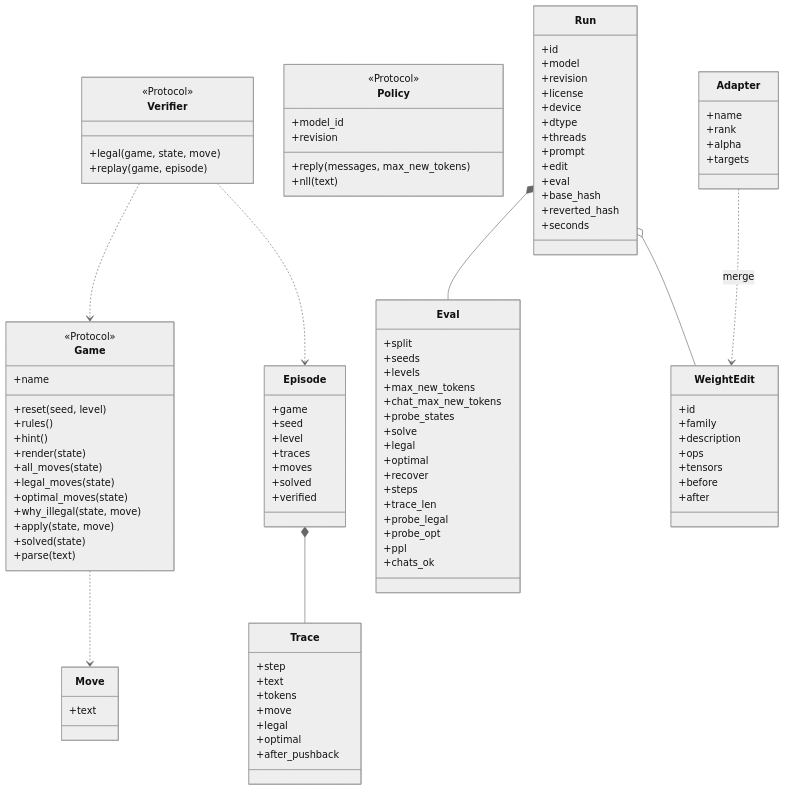
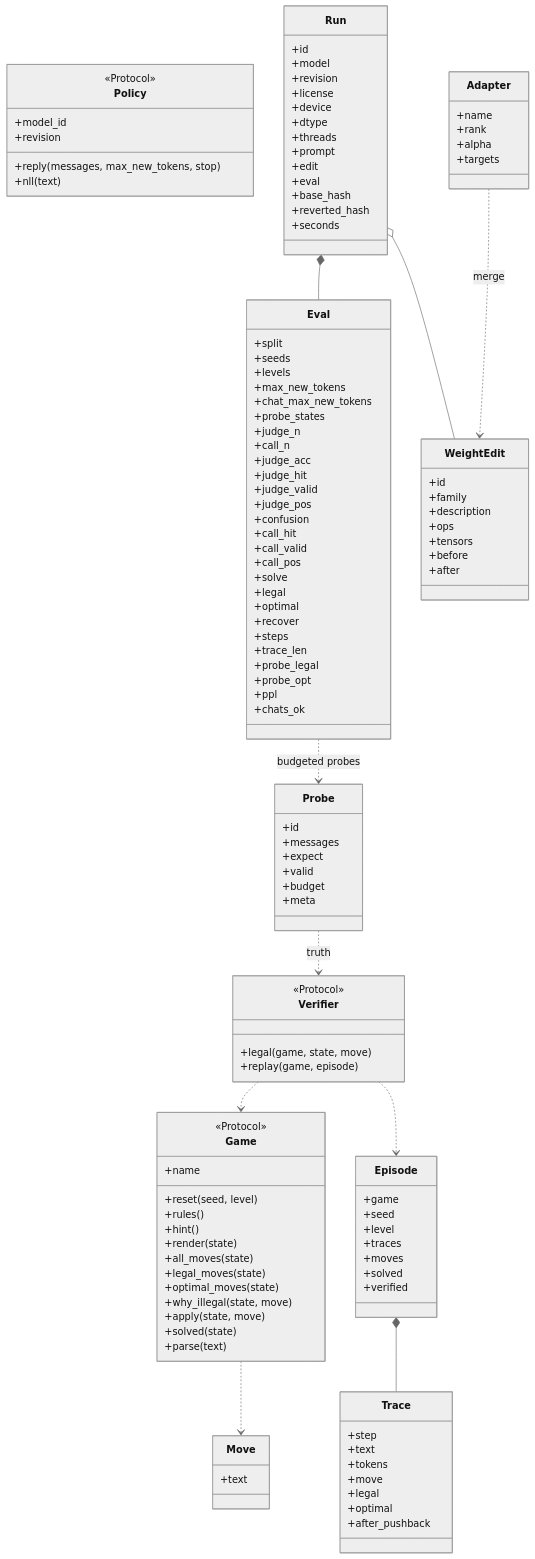
Before and after one commit to Glyphcore/tiny-reasoner: the first of 2 diagrams in spec/diagrams.md, drawn with Mermaid (neutral theme). The commit also changed other lines of this file and 7 other files, not shown here.

First line of the commit message:
probes: budgeted string probes, legality self-report vs verifier (2x2), tool-call probe, activation capture

````diff
--- a/spec/diagrams.md
+++ b/spec/diagrams.md
@@ -49,8 +49,16 @@
   <<Protocol>>
   +model_id
   +revision
-  +reply(messages, max_new_tokens)
+  +reply(messages, max_new_tokens, stop)
   +nll(text)
+}
+class Probe {
+  +id
+  +messages
+  +expect
+  +valid
+  +budget
+  +meta
 }
 class Eval {
   +split
@@ -59,6 +67,16 @@
   +max_new_tokens
   +chat_max_new_tokens
   +probe_states
+  +judge_n
+  +call_n
+  +judge_acc
+  +judge_hit
+  +judge_valid
+  +judge_pos
+  +confusion
+  +call_hit
+  +call_valid
+  +call_pos
   +solve
   +legal
   +optimal
@@ -105,6 +123,8 @@
 Verifier ..> Episode
 Episode *-- Trace
 Run *-- Eval
+Eval ..> Probe : budgeted probes
+Probe ..> Verifier : truth
 Run o-- WeightEdit
 Adapter ..> WeightEdit : merge
 ```
````
